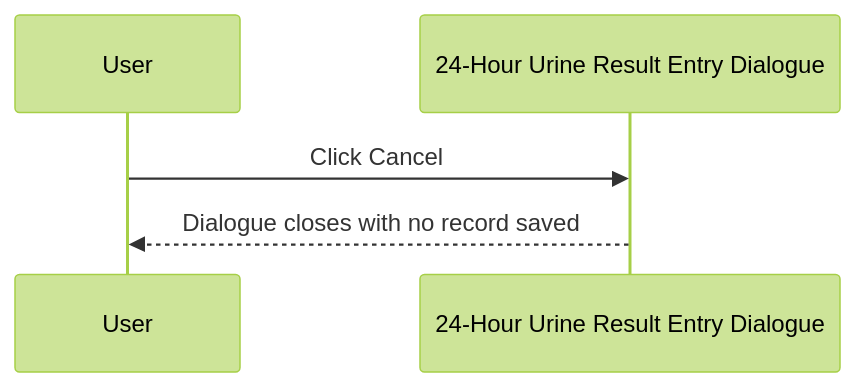
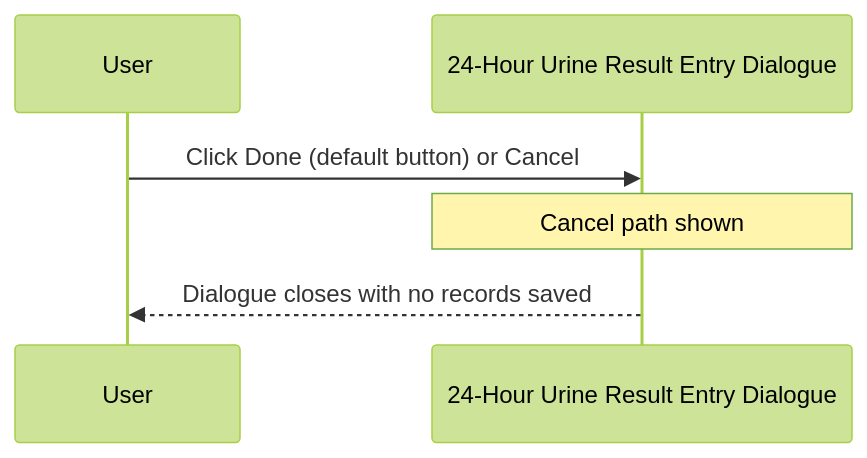
Before and after one commit to DragonChong/HA-Notes: the second of 3 diagrams in Knowledge Base/01_Screens/Registration/Workflows/Pre-Register/Result Entry/24-Hour Urine Result Entry Dialogue.md, drawn with Mermaid (forest theme). The commit also changed other lines of this file and 2 other files, not shown here.

````diff
--- a/Knowledge Base/01_Screens/Registration/Workflows/Pre-Register/Result Entry/24-Hour Urine Result Entry Dialogue.md
+++ b/Knowledge Base/01_Screens/Registration/Workflows/Pre-Register/Result Entry/24-Hour Urine Result Entry Dialogue.md
@@ -96,8 +103,9 @@
 ```mermaid
 sequenceDiagram
     participant User
     participant Dialogue as 24-Hour Urine Result Entry Dialogue
 
-    User->>Dialogue: Click Cancel
-    Dialogue-->>User: Dialogue closes with no record saved
+    User->>Dialogue: Click Done (default button) or Cancel
+    Note over Dialogue: Cancel path shown
+    Dialogue-->>User: Dialogue closes with no records saved
 ```
````
